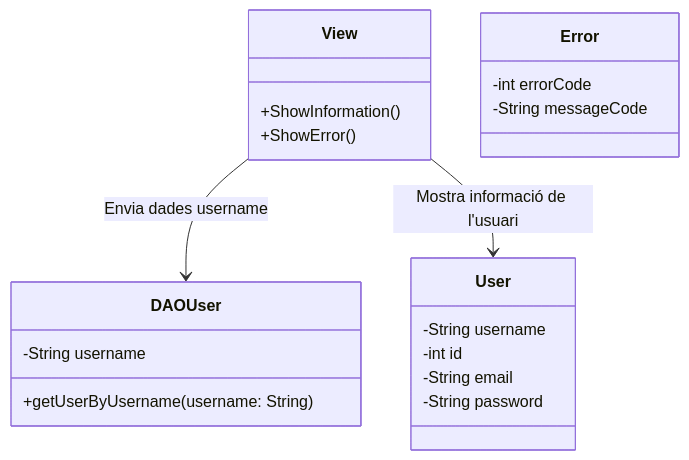
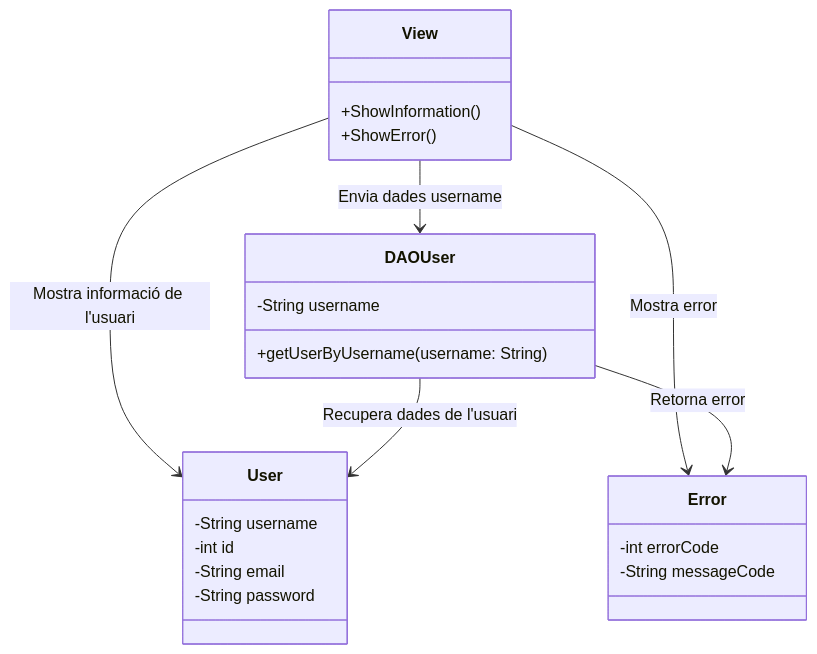
The diagram in DiagramaClassesClient.mermaid (Ruben2006676/TapatApp), drawn with Mermaid before and after one commit. The commit also changed other lines of this file, not shown here.

Commit message:
DiagramaClassesClient.mermaid

```diff
--- a/DiagramaClassesClient.mermaid
+++ b/DiagramaClassesClient.mermaid
@@ -1,25 +1,28 @@
 classDiagram
     class View {
         +ShowInformation()
         +ShowError()
     }
 
     class DAOUser {
         -String username
         +getUserByUsername(username: String)
     }
 
     class User {
         -String username
         -int id
         -String email
         -String password
     }
 
     class Error {
         -int errorCode
         -String messageCode
     }
 
     View --> DAOUser : Envia dades username
     View --> User : Mostra informació de l'usuari
+    View --> Error : Mostra error
+    DAOUser --> User : Recupera dades de l'usuari
+    DAOUser --> Error : Retorna error
```
